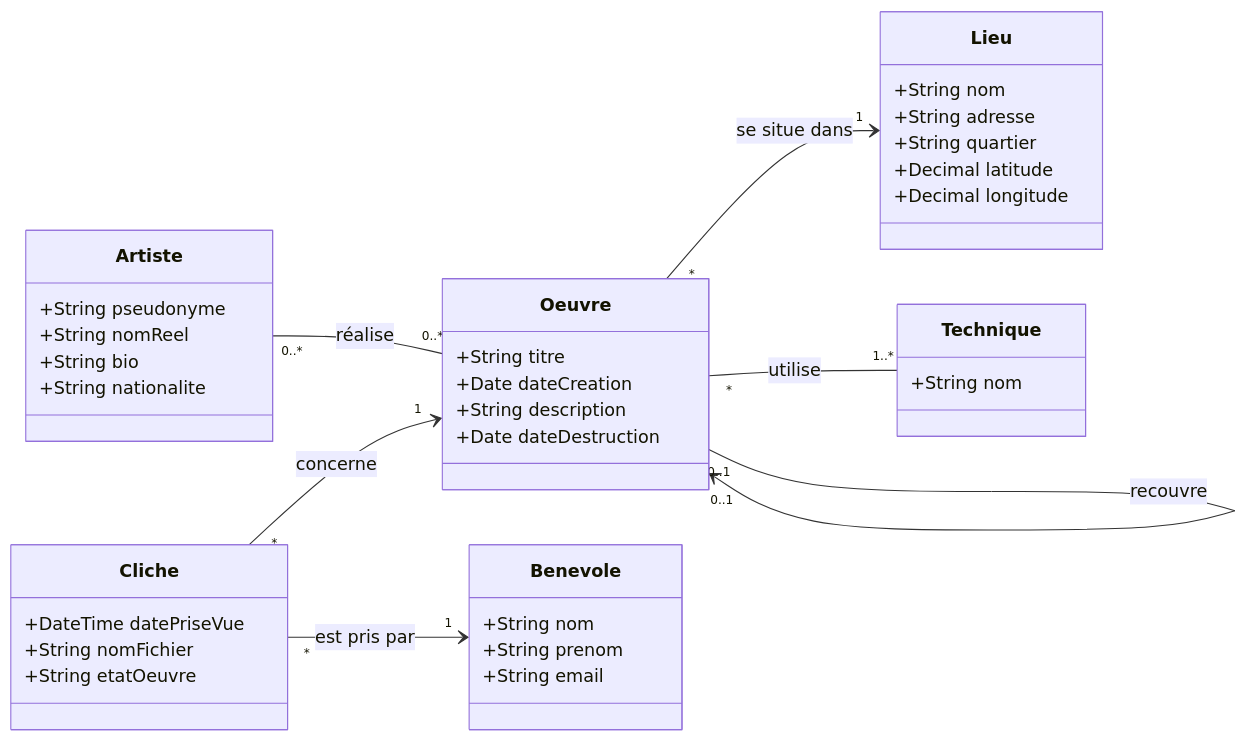
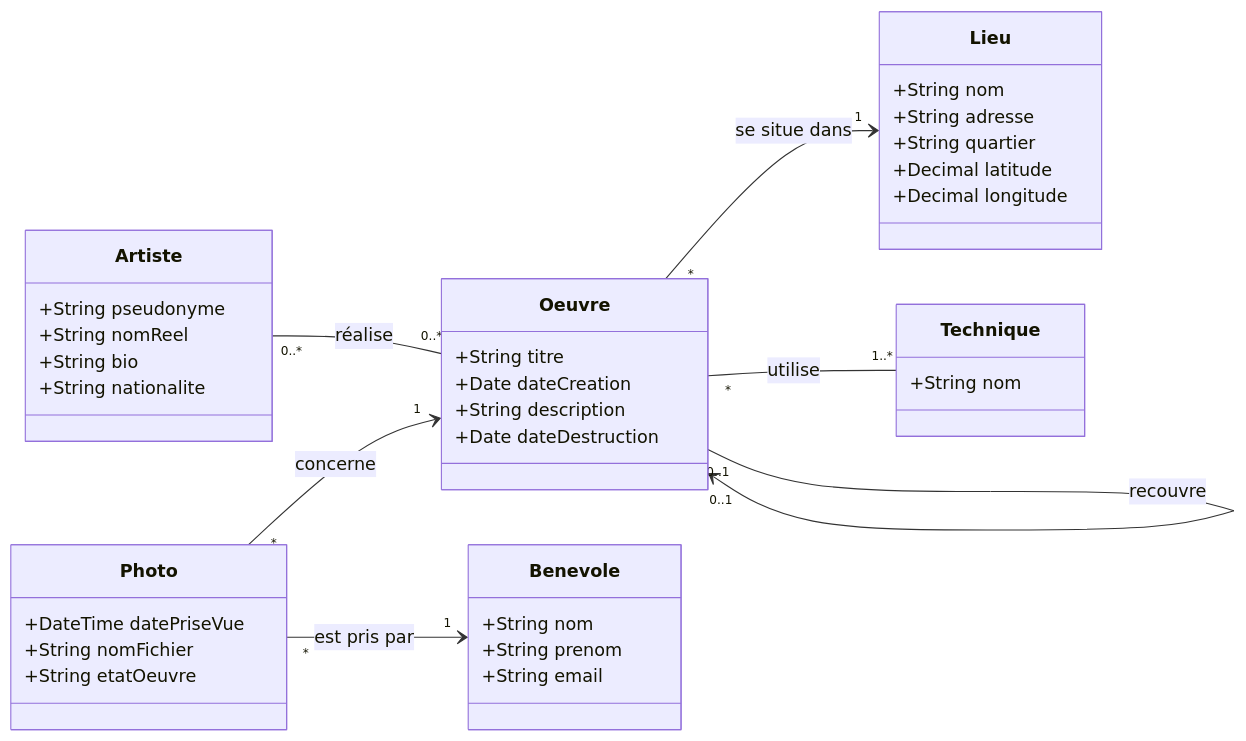
Before and after one commit to AlanFerronniere/EPSI_B2_20262027: the first of 3 diagrams in Conception Exploitation de BDD MSSQL/Révision Merise - UML.md, drawn with Mermaid. The commit also changed other lines of this file, not shown here.

````diff
--- a/Conception Exploitation de BDD MSSQL/Révision Merise - UML.md
+++ b/Conception Exploitation de BDD MSSQL/Révision Merise - UML.md
@@ -18,49 +18,49 @@
 ```mermaid
 classDiagram
     direction LR
 
     class Artiste {
         +String pseudonyme
         +String nomReel
         +String bio
         +String nationalite
     }
 
     class Lieu {
         +String nom
         +String adresse
         +String quartier
         +Decimal latitude
         +Decimal longitude
     }
 
     class Oeuvre {
         +String titre
         +Date dateCreation
         +String description
         +Date dateDestruction
     }
 
     class Technique {
         +String nom
     }
 
     class Benevole {
         +String nom
         +String prenom
         +String email
     }
 
-    class Cliche {
+    class Photo {
         +DateTime datePriseVue
         +String nomFichier
         +String etatOeuvre
     }
 
     Artiste "0..*" -- "0..*" Oeuvre : réalise
     Oeuvre "*" --> "1" Lieu : se situe dans
     Oeuvre "*" -- "1..*" Technique : utilise
-    Cliche "*" --> "1" Oeuvre : concerne
-    Cliche "*" --> "1" Benevole : est pris par
+    Photo "*" --> "1" Oeuvre : concerne
+    Photo "*" --> "1" Benevole : est pris par
     Oeuvre "0..1" --> "0..1" Oeuvre : recouvre
 ```
````
